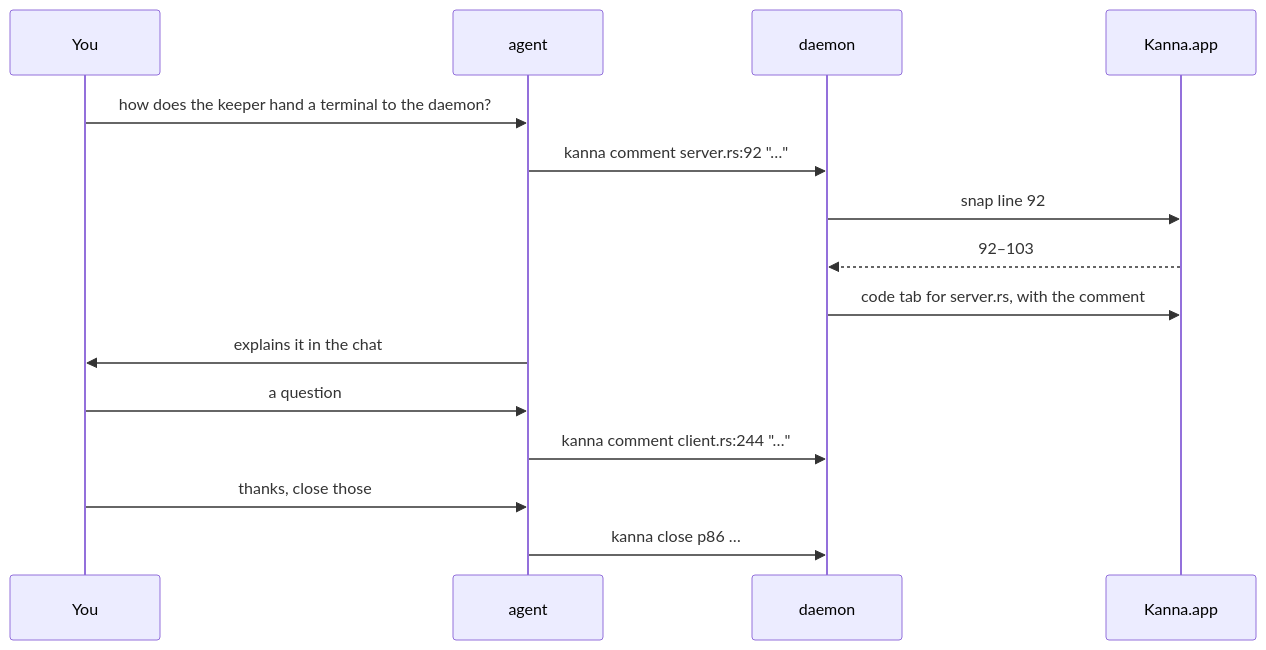
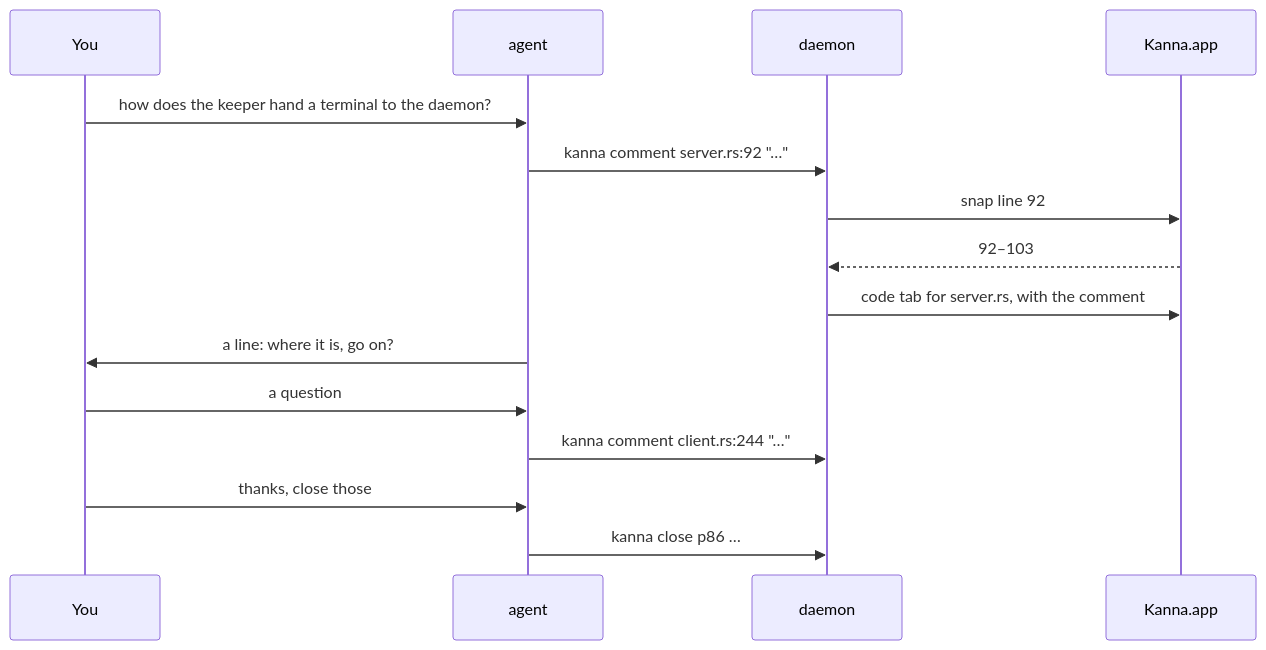
The first of 2 diagrams in docs/specs/code-tour.md (jemdiggity/kanna-v4), drawn with Mermaid before and after one commit. The commit also changed other lines of this file and 2 other files, not shown here.

````diff
--- a/docs/specs/code-tour.md
+++ b/docs/specs/code-tour.md
@@ -22,17 +22,17 @@
 ```mermaid
 sequenceDiagram
     participant You
     participant A as agent
     participant D as daemon
     participant App as Kanna.app
     You->>A: how does the keeper hand a terminal to the daemon?
     A->>D: kanna comment server.rs:92 "…"
     D->>App: snap line 92
     App-->>D: 92–103
     D->>App: code tab for server.rs, with the comment
-    A->>You: explains it in the chat
+    A->>You: a line: where it is, go on?
     You->>A: a question
     A->>D: kanna comment client.rs:244 "…"
     You->>A: thanks, close those
     A->>D: kanna close p86 …
 ```
````
